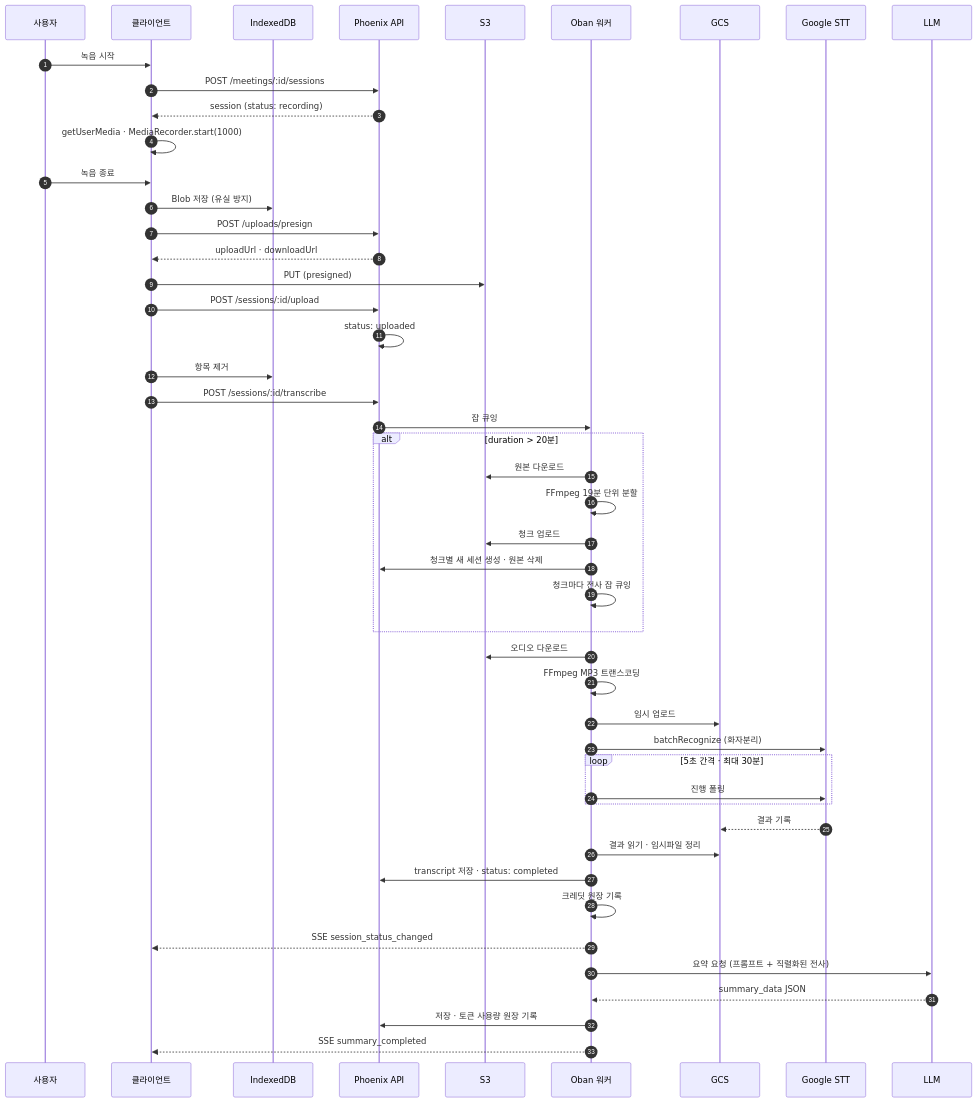
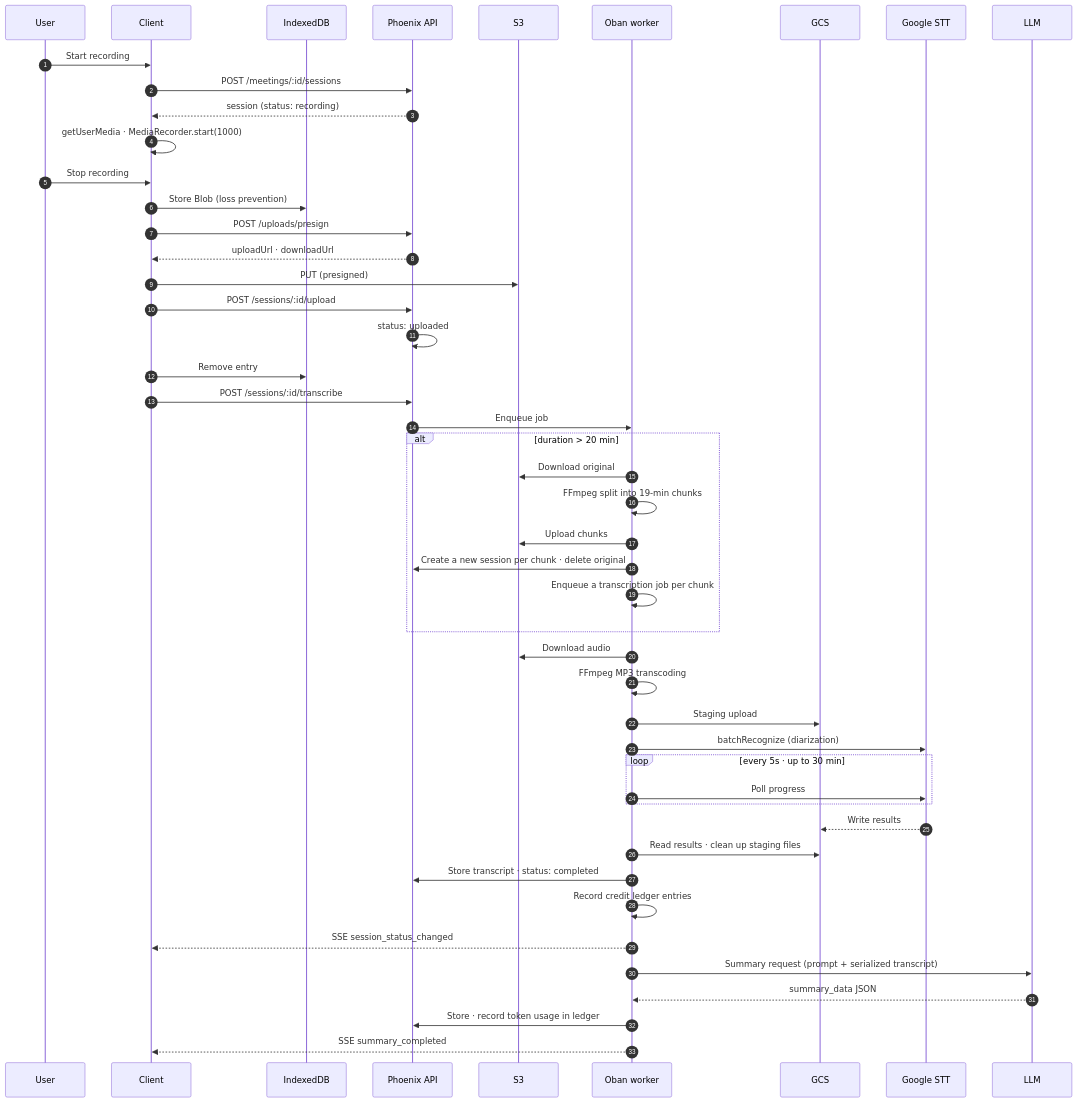
One commit to team-sisyphus-project/khala-voice changed the diagram in docs/04-pipeline.md. Above: the diagram before and after it, drawn with Mermaid. The commit also changed other lines of this file and 337 other files, not shown here.

````diff
--- a/docs/04-pipeline.md
+++ b/docs/04-pipeline.md
@@ -7,54 +7,54 @@
 ```mermaid
 sequenceDiagram
     autonumber
-    participant U as 사용자
-    participant C as 클라이언트
+    participant U as User
+    participant C as Client
     participant DB as IndexedDB
     participant API as Phoenix API
     participant S3 as S3
-    participant W as Oban 워커
+    participant W as Oban worker
     participant GCS as GCS
     participant STT as Google STT
     participant LLM as LLM
 
-    U->>C: 녹음 시작
+    U->>C: Start recording
     C->>API: POST /meetings/:id/sessions
     API-->>C: session (status: recording)
     C->>C: getUserMedia · MediaRecorder.start(1000)
-    U->>C: 녹음 종료
-    C->>DB: Blob 저장 (유실 방지)
+    U->>C: Stop recording
+    C->>DB: Store Blob (loss prevention)
     C->>API: POST /uploads/presign
     API-->>C: uploadUrl · downloadUrl
     C->>S3: PUT (presigned)
     C->>API: POST /sessions/:id/upload
     API->>API: status: uploaded
-    C->>DB: 항목 제거
+    C->>DB: Remove entry
     C->>API: POST /sessions/:id/transcribe
-    API->>W: 잡 큐잉
+    API->>W: Enqueue job
 
-    alt duration > 20분
-        W->>S3: 원본 다운로드
-        W->>W: FFmpeg 19분 단위 분할
-        W->>S3: 청크 업로드
-        W->>API: 청크별 새 세션 생성 · 원본 삭제
-        W->>W: 청크마다 전사 잡 큐잉
+    alt duration > 20 min
+        W->>S3: Download original
+        W->>W: FFmpeg split into 19-min chunks
+        W->>S3: Upload chunks
+        W->>API: Create a new session per chunk · delete original
+        W->>W: Enqueue a transcription job per chunk
     end
 
-    W->>S3: 오디오 다운로드
-    W->>W: FFmpeg MP3 트랜스코딩
-    W->>GCS: 임시 업로드
-    W->>STT: batchRecognize (화자분리)
-    loop 5초 간격 · 최대 30분
-        W->>STT: 진행 폴링
+    W->>S3: Download audio
+    W->>W: FFmpeg MP3 transcoding
+    W->>GCS: Staging upload
+    W->>STT: batchRecognize (diarization)
+    loop every 5s · up to 30 min
+        W->>STT: Poll progress
     end
-    STT-->>GCS: 결과 기록
-    W->>GCS: 결과 읽기 · 임시파일 정리
-    W->>API: transcript 저장 · status: completed
-    W->>W: 크레딧 원장 기록
+    STT-->>GCS: Write results
+    W->>GCS: Read results · clean up staging files
+    W->>API: Store transcript · status: completed
+    W->>W: Record credit ledger entries
     W-->>C: SSE session_status_changed
 
-    W->>LLM: 요약 요청 (프롬프트 + 직렬화된 전사)
+    W->>LLM: Summary request (prompt + serialized transcript)
     LLM-->>W: summary_data JSON
-    W->>API: 저장 · 토큰 사용량 원장 기록
+    W->>API: Store · record token usage in ledger
     W-->>C: SSE summary_completed
 ```
````
